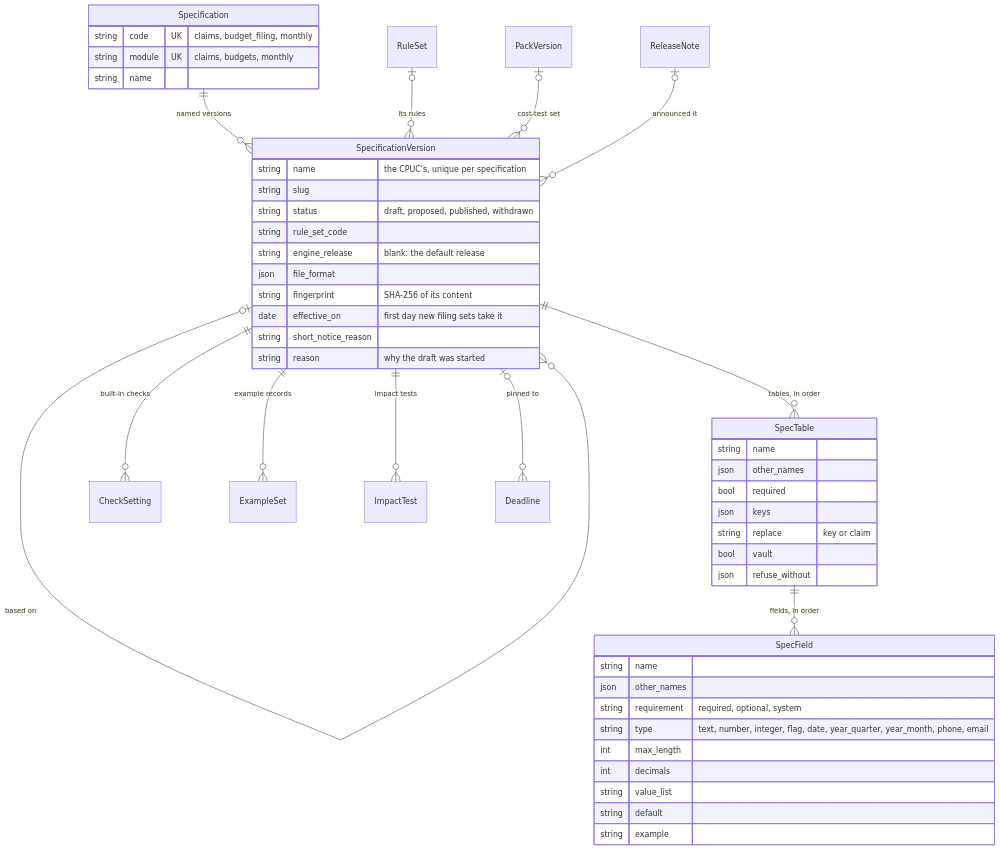
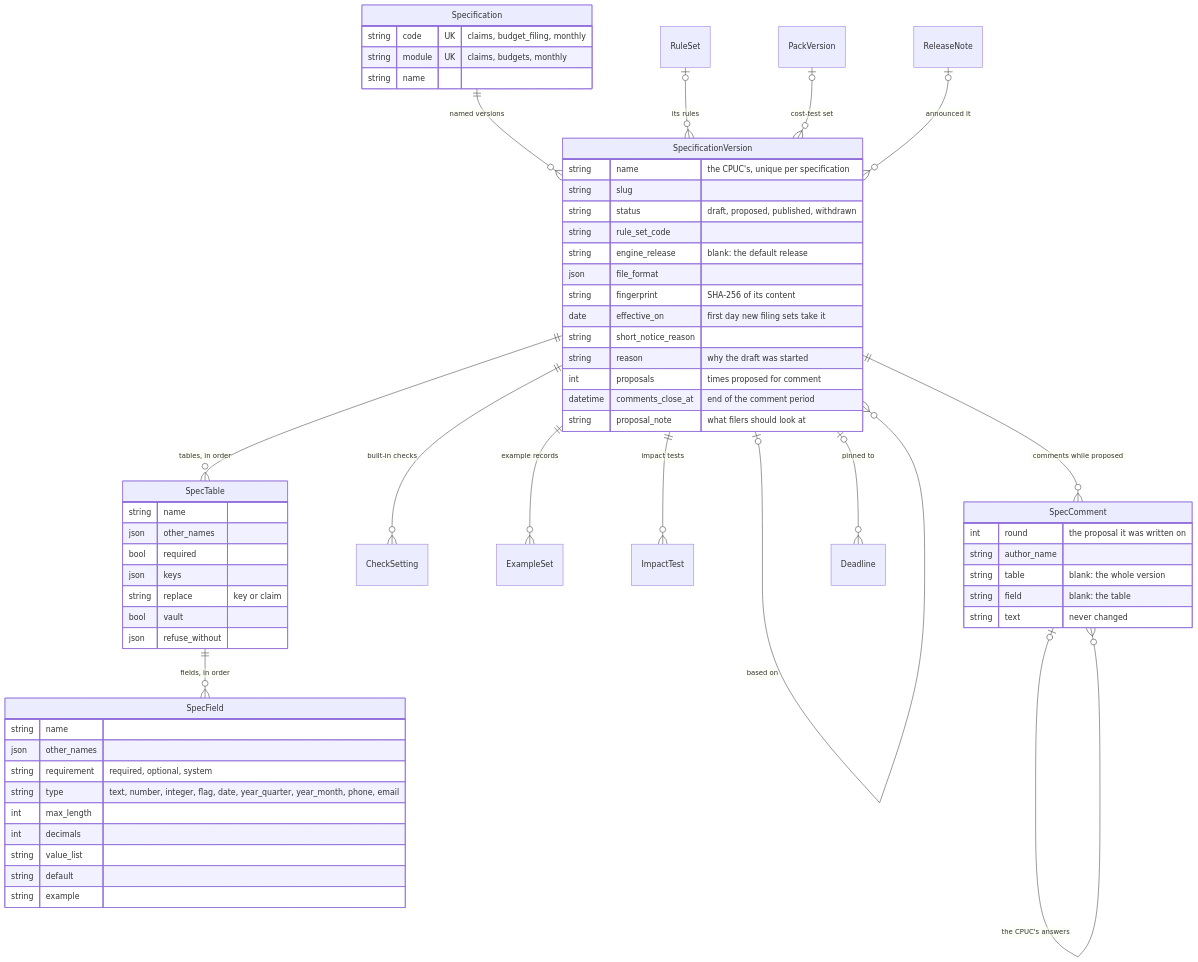
Before and after one commit to JRichardson-PGE/CEDARS-Platform: the tenth of 25 diagrams in docs/ARCHITECTURE_AS_BUILT.md, drawn with Mermaid. The commit also changed other lines of this file and 32 other files, not shown here.

First line of the commit message:
Filing specifications: propose a version for comment

````diff
--- a/docs/ARCHITECTURE_AS_BUILT.md
+++ b/docs/ARCHITECTURE_AS_BUILT.md
@@ -554,51 +554,63 @@
 ```mermaid
 erDiagram
   Specification ||--o{ SpecificationVersion : "named versions"
   SpecificationVersion |o--o{ SpecificationVersion : "based on"
   SpecificationVersion ||--o{ SpecTable : "tables, in order"
   SpecTable ||--o{ SpecField : "fields, in order"
   SpecificationVersion ||--o{ CheckSetting : "built-in checks"
   SpecificationVersion ||--o{ ExampleSet : "example records"
   SpecificationVersion ||--o{ ImpactTest : "impact tests"
+  SpecificationVersion ||--o{ SpecComment : "comments while proposed"
+  SpecComment |o--o{ SpecComment : "the CPUC's answers"
   RuleSet |o--o{ SpecificationVersion : "its rules"
   PackVersion |o--o{ SpecificationVersion : "cost-test set"
   SpecificationVersion |o--o{ Deadline : "pinned to"
   ReleaseNote |o--o{ SpecificationVersion : "announced it"
   Specification {
     string code UK "claims, budget_filing, monthly"
     string module UK "claims, budgets, monthly"
     string name
   }
   SpecificationVersion {
     string name "the CPUC's, unique per specification"
     string slug
     string status "draft, proposed, published, withdrawn"
     string rule_set_code
     string engine_release "blank: the default release"
     json file_format
     string fingerprint "SHA-256 of its content"
     date effective_on "first day new filing sets take it"
     string short_notice_reason
     string reason "why the draft was started"
+    int proposals "times proposed for comment"
+    datetime comments_close_at "end of the comment period"
+    string proposal_note "what filers should look at"
+  }
+  SpecComment {
+    int round "the proposal it was written on"
+    string author_name
+    string table "blank: the whole version"
+    string field "blank: the table"
+    string text "never changed"
   }
   SpecTable {
     string name
     json other_names
     bool required
     json keys
     string replace "key or claim"
     bool vault
     json refuse_without
   }
   SpecField {
     string name
     json other_names
     string requirement "required, optional, system"
     string type "text, number, integer, flag, date, year_quarter, year_month, phone, email"
     int max_length
     int decimals
     string value_list
     string default
     string example
   }
 ```
````
